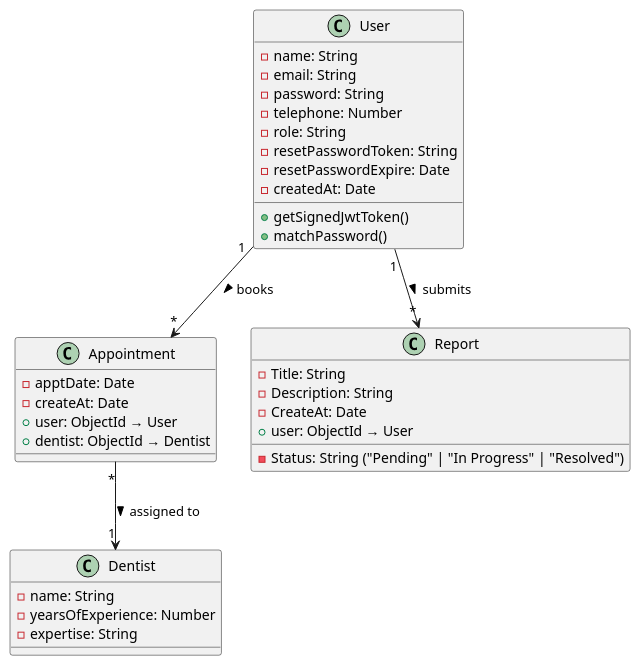
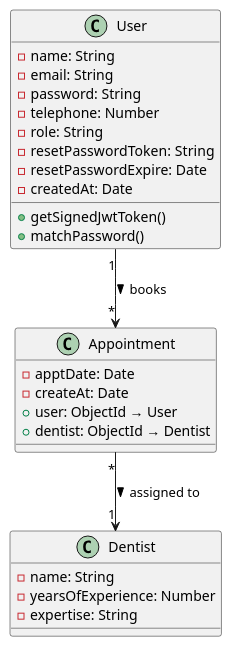
Before and after one commit to PatMSK/SWdevprac-project: the diagram in plantuml/class.puml, drawn with PlantUML. The commit also changed 5 other files, not shown here.

Commit message:
update diagram 2

```diff
--- a/plantuml/class.puml
+++ b/plantuml/class.puml
@@ -1,41 +1,33 @@
 @startuml
 
 class User {
     - name: String
     - email: String
     - password: String
     - telephone: Number
     - role: String
     - resetPasswordToken: String
     - resetPasswordExpire: Date
     - createdAt: Date
     + getSignedJwtToken()
     + matchPassword()
 }
 
 class Dentist {
     - name: String
     - yearsOfExperience: Number
     - expertise: String
 }
 
 class Appointment {
     - apptDate: Date
     - createAt: Date
     + user: ObjectId → User
     + dentist: ObjectId → Dentist
 }
 
-class Report {
-    - Title: String
-    - Description: String
-    - Status: String ("Pending" | "In Progress" | "Resolved")
-    - CreateAt: Date
-    + user: ObjectId → User
-}
 
 User "1" --> "*" Appointment : books >
-User "1" --> "*" Report : submits >
 Appointment "*" --> "1" Dentist : assigned to >
 
 @enduml
```
